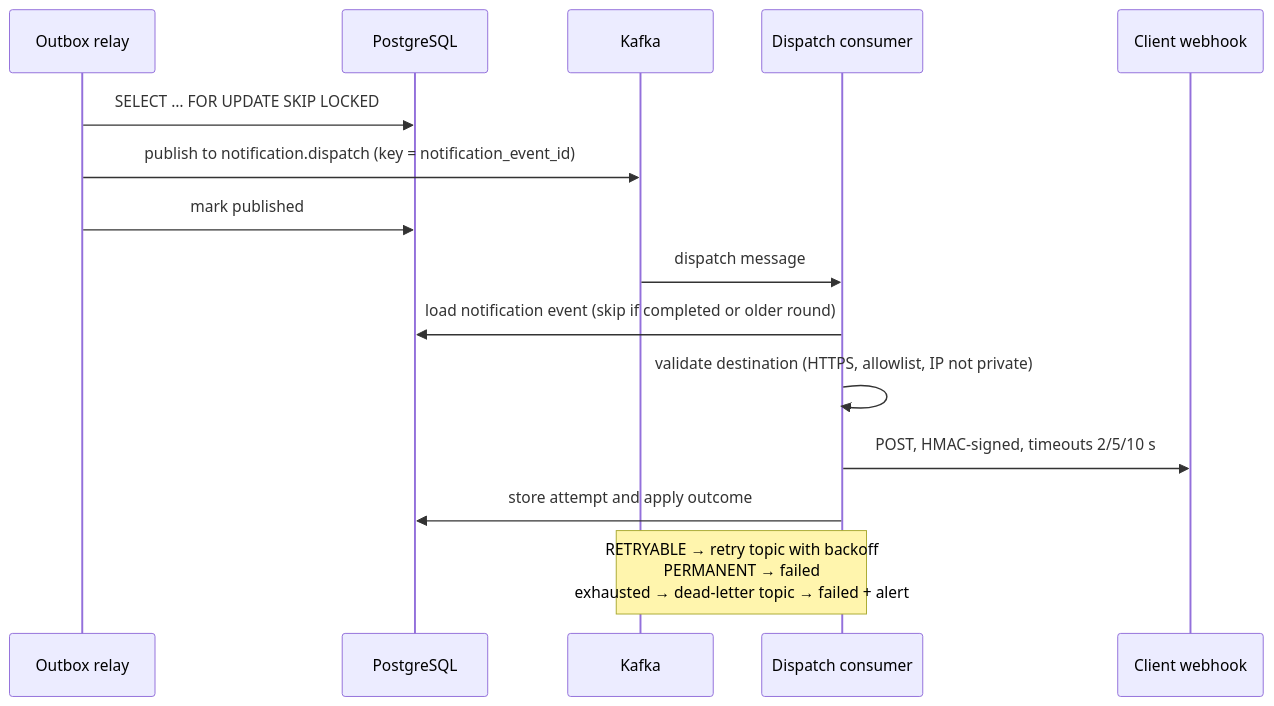
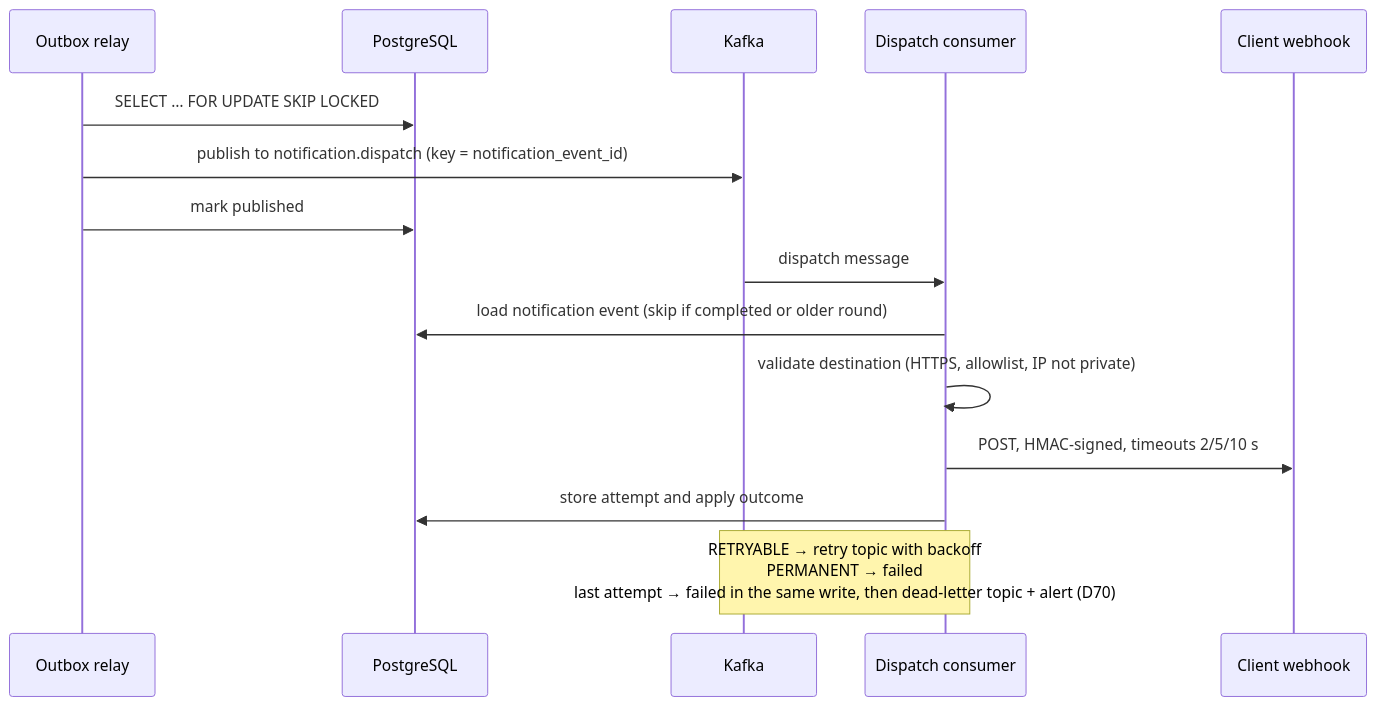
Before and after one commit to Crispelinho/cobre-webhook-notifications: the fifth of 6 diagrams in docs/architecture/system-design.md, drawn with Mermaid. The commit also changed other lines of this file and 17 other files, not shown here.

First line of the commit message:
fix(notifications): fail the round on the last retryable attempt

````diff
--- a/docs/architecture/system-design.md
+++ b/docs/architecture/system-design.md
@@ -119,17 +119,17 @@
 ```mermaid
 sequenceDiagram
     participant R as Outbox relay
     participant DB as PostgreSQL
     participant K as Kafka
     participant C as Dispatch consumer
     participant W as Client webhook
     R->>DB: SELECT … FOR UPDATE SKIP LOCKED
     R->>K: publish to notification.dispatch (key = notification_event_id)
     R->>DB: mark published
     K->>C: dispatch message
     C->>DB: load notification event (skip if completed or older round)
     C->>C: validate destination (HTTPS, allowlist, IP not private)
     C->>W: POST, HMAC-signed, timeouts 2/5/10 s
     C->>DB: store attempt and apply outcome
-    Note over C,K: RETRYABLE → retry topic with backoff<br/>PERMANENT → failed<br/>exhausted → dead-letter topic → failed + alert
+    Note over C,K: RETRYABLE → retry topic with backoff<br/>PERMANENT → failed<br/>last attempt → failed in the same write, then dead-letter topic + alert (D70)
 ```
````
